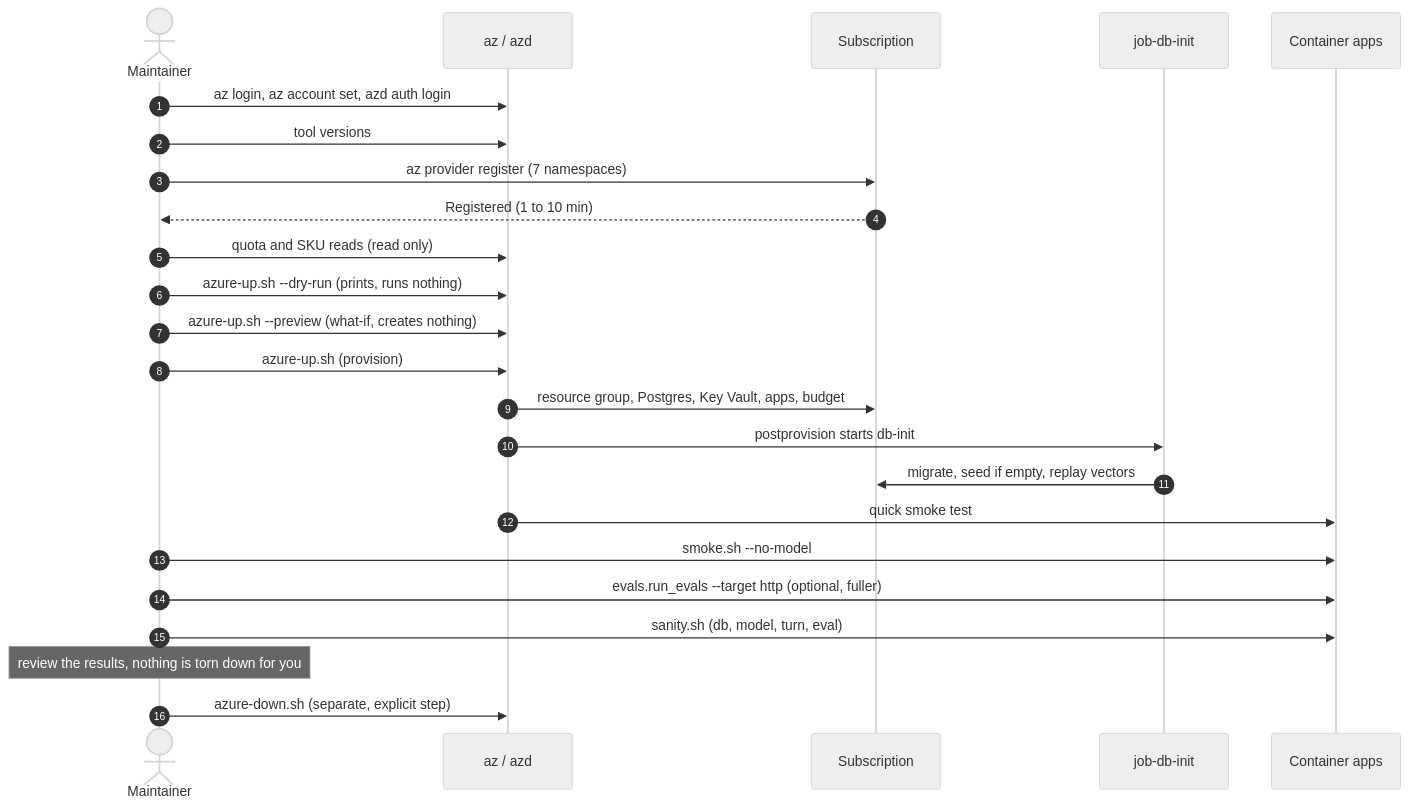
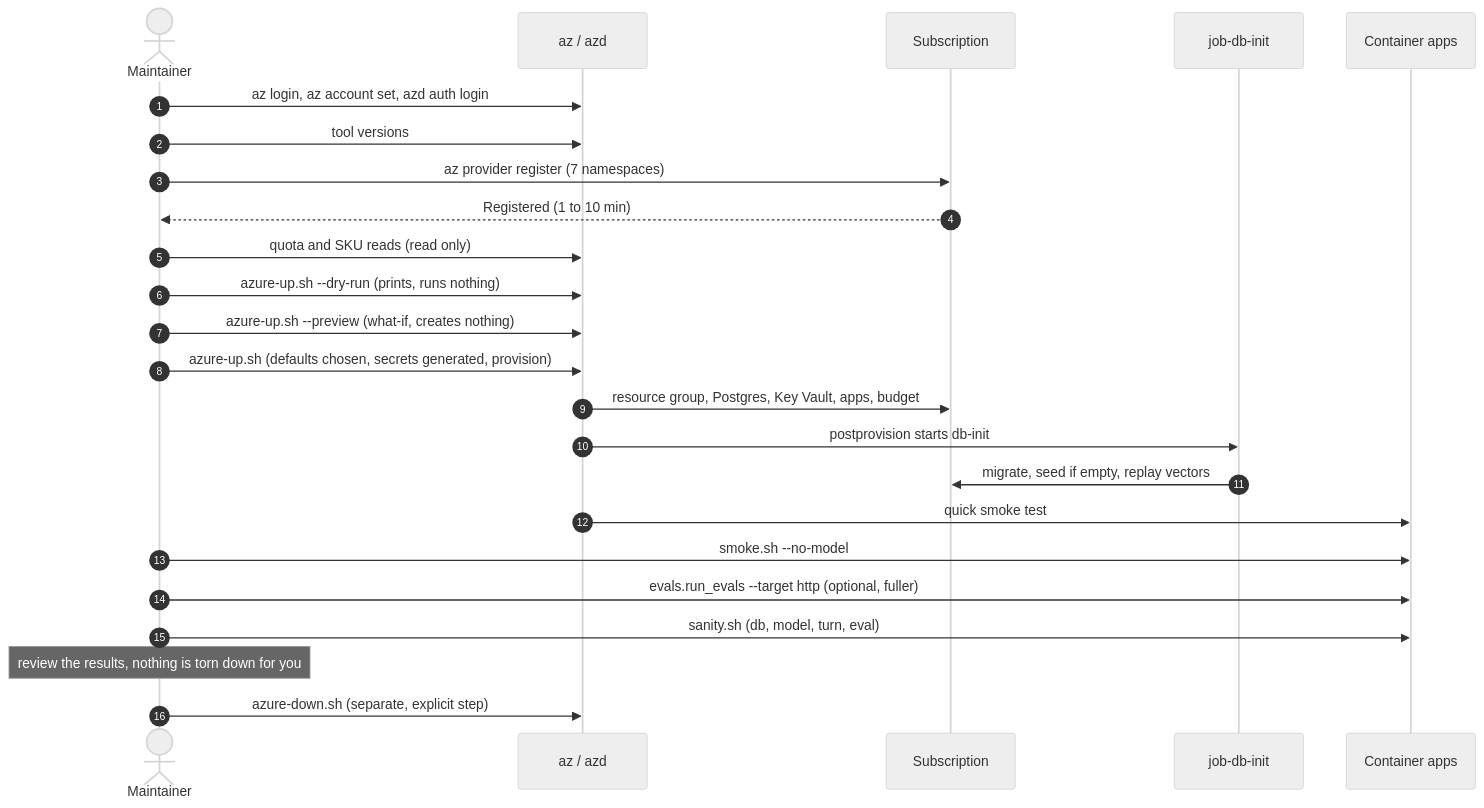
Before and after one commit to nitin27may/e-commerce-agents: the second of 2 diagrams in docs/azure-deployment-sequence.md, drawn with Mermaid (neutral theme). The commit also changed other lines of this file and 5 other files, not shown here.

````diff
--- a/docs/azure-deployment-sequence.md
+++ b/docs/azure-deployment-sequence.md
@@ -139,27 +120,27 @@
 ```mermaid
 sequenceDiagram
     autonumber
     actor M as Maintainer
     participant Az as az / azd
     participant Sub as Subscription
     participant Job as job-db-init
     participant App as Container apps
 
     M->>Az: az login, az account set, azd auth login
     M->>Az: tool versions
     M->>Sub: az provider register (7 namespaces)
     Sub-->>M: Registered (1 to 10 min)
     M->>Az: quota and SKU reads (read only)
     M->>Az: azure-up.sh --dry-run (prints, runs nothing)
     M->>Az: azure-up.sh --preview (what-if, creates nothing)
-    M->>Az: azure-up.sh (provision)
+    M->>Az: azure-up.sh (defaults chosen, secrets generated, provision)
     Az->>Sub: resource group, Postgres, Key Vault, apps, budget
     Az->>Job: postprovision starts db-init
     Job->>Sub: migrate, seed if empty, replay vectors
     Az->>App: quick smoke test
     M->>App: smoke.sh --no-model
     M->>App: evals.run_evals --target http (optional, fuller)
     M->>App: sanity.sh (db, model, turn, eval)
     Note over M: review the results, nothing is torn down for you
     M->>Az: azure-down.sh (separate, explicit step)
 ```
````
